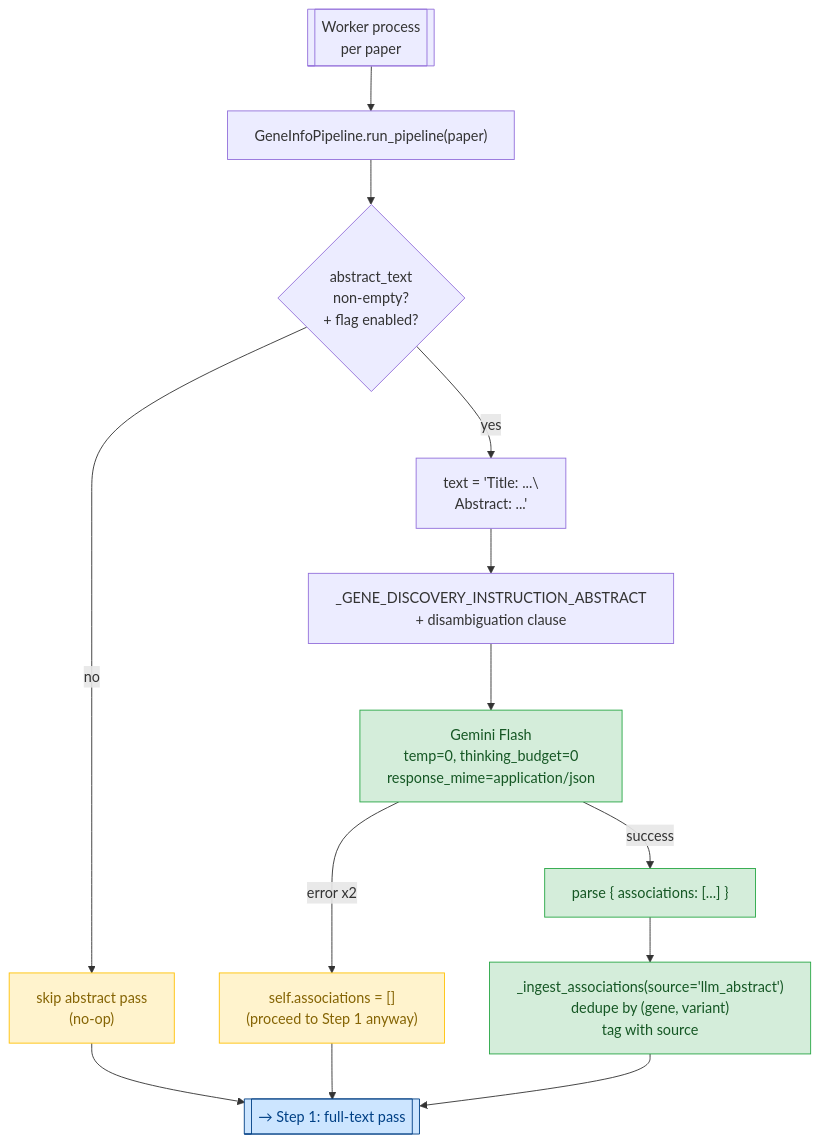
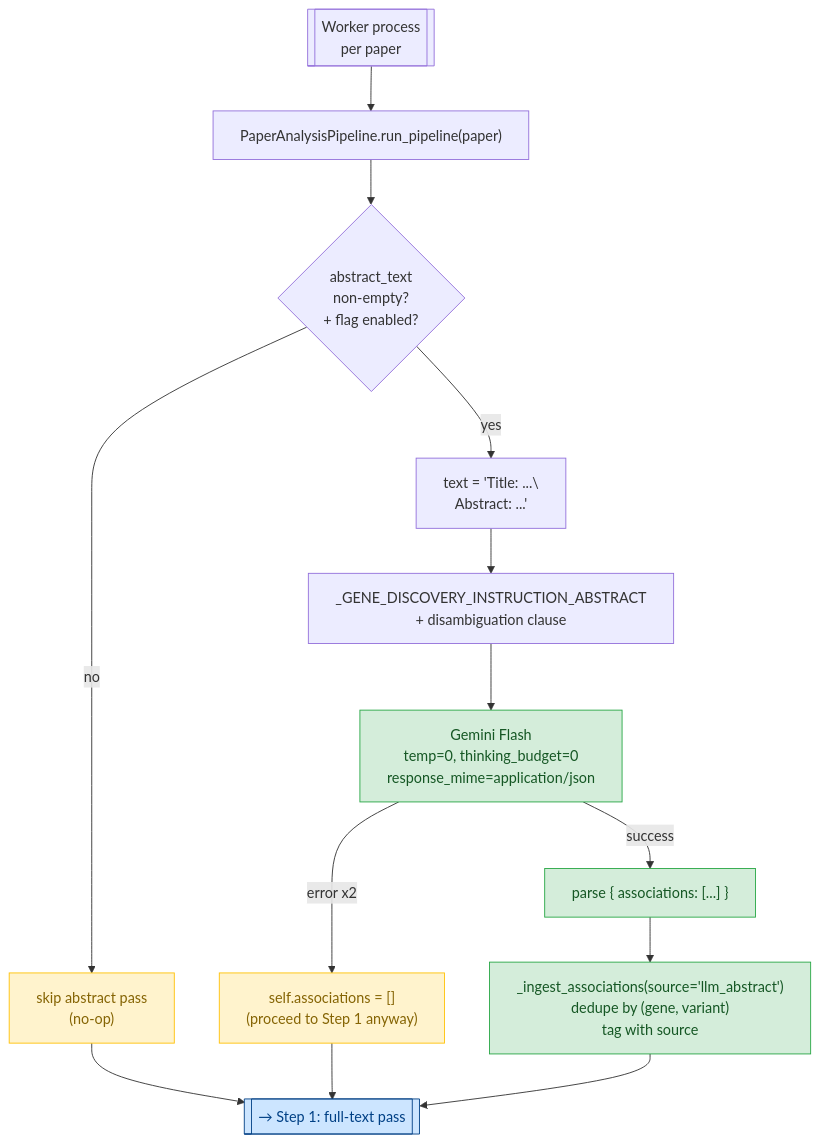
Before and after one commit to michaluppal/Researchshop-Disease2Gene: the fourth of 11 diagrams in docs/pipeline/understanding.md, drawn with Mermaid. The commit also changed other lines of this file and 44 other files, not shown here.

Commit message:
Rename per-paper extraction pipeline

````diff
--- a/docs/pipeline/understanding.md
+++ b/docs/pipeline/understanding.md
@@ -1258,28 +1261,28 @@
 ```mermaid
 flowchart TD
     Worker[["Worker process<br/>per paper"]]
-    Start["GeneInfoPipeline.run_pipeline(paper)"]
+    Start["PaperAnalysisPipeline.run_pipeline(paper)"]
 
     Worker --> Start
     Start --> Guard{"abstract_text<br/>non-empty?<br/>+ flag enabled?"}
     Guard -->|no| Skip["skip abstract pass<br/>(no-op)"]
     Guard -->|yes| Build["text = 'Title: ...\\nAbstract: ...'"]
 
     Build --> Prompt["_GENE_DISCOVERY_INSTRUCTION_ABSTRACT<br/>+ disambiguation clause"]
     Prompt --> Call["Gemini Flash<br/>temp=0, thinking_budget=0<br/>response_mime=application/json"]
     Call -->|success| Parse["parse { associations: [...] }"]
     Call -->|error x2| Fail["self.associations = []<br/>(proceed to Step 1 anyway)"]
 
     Parse --> Ingest["_ingest_associations(source='llm_abstract')<br/>dedupe by (gene, variant)<br/>tag with source"]
     Skip --> Next[["→ Step 1: full-text pass"]]
     Fail --> Next
     Ingest --> Next
 
     classDef cheap fill:#d4edda,stroke:#28a745,color:#155724
     classDef fallback fill:#fff3cd,stroke:#ffc107,color:#856404
     classDef handoff fill:#cce5ff,stroke:#004085,color:#004085
 
     class Call,Parse,Ingest cheap
     class Skip,Fail fallback
     class Next handoff
 ```
````
